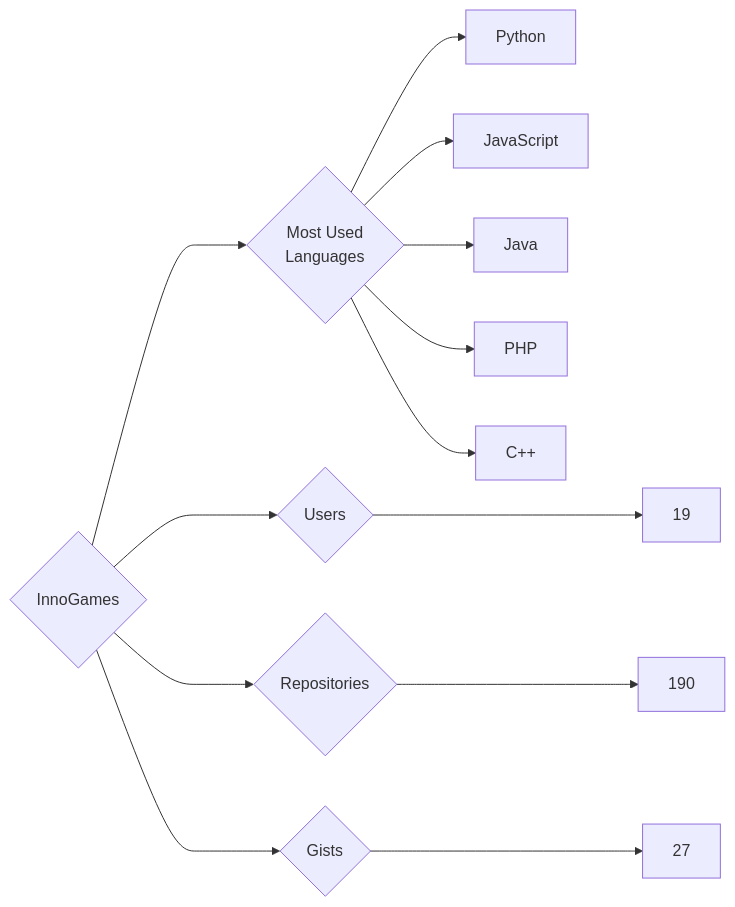
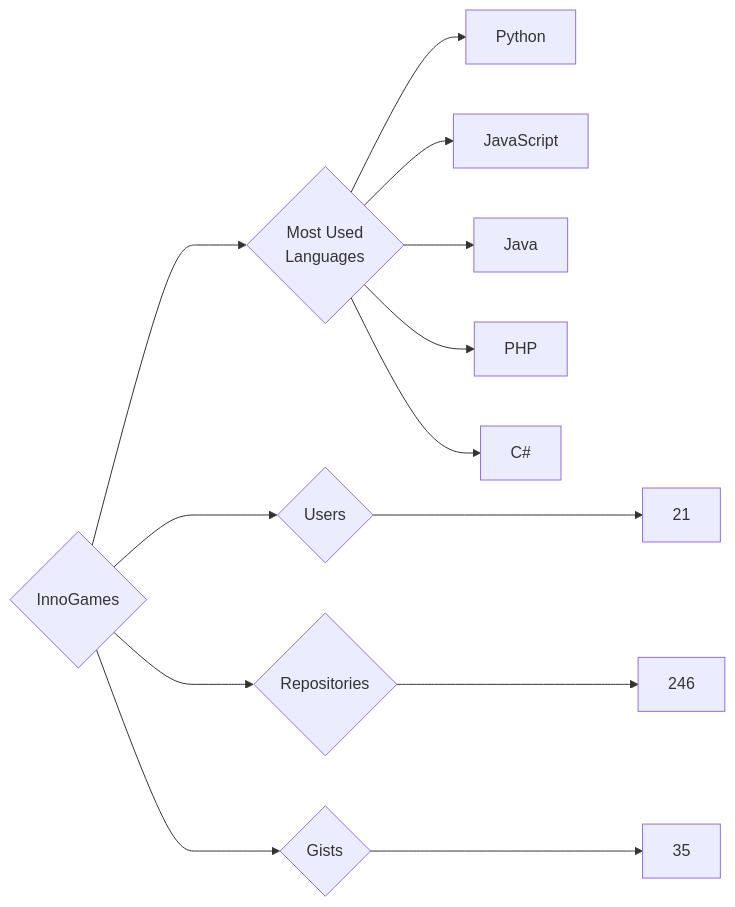
Before and after one commit to trickest/insiders: the diagram in targets/InnoGames/README.md, drawn with Mermaid. The commit also changed 845 other files, not shown here.

````diff
--- a/targets/InnoGames/README.md
+++ b/targets/InnoGames/README.md
@@ -3,13 +3,13 @@
 ```mermaid
 graph LR
 COMPANY_NAME{InnoGames}
-COMPANY_NAME ---> U{Users} ---> UN[19]
-COMPANY_NAME ---> R{Repositories} ---> RN[190]
-COMPANY_NAME ---> G{Gists} ---> GN[27]
+COMPANY_NAME ---> U{Users} ---> UN[21]
+COMPANY_NAME ---> R{Repositories} ---> RN[246]
+COMPANY_NAME ---> G{Gists} ---> GN[35]
 COMPANY_NAME ---> ML{Most Used<br>Languages}
 ML --> Python[Python]
 ML --> JavaScript[JavaScript]
 ML --> Java[Java]
 ML --> PHP[PHP]
-ML --> C++[C++]
+ML --> C#[C#]
 ```
````
